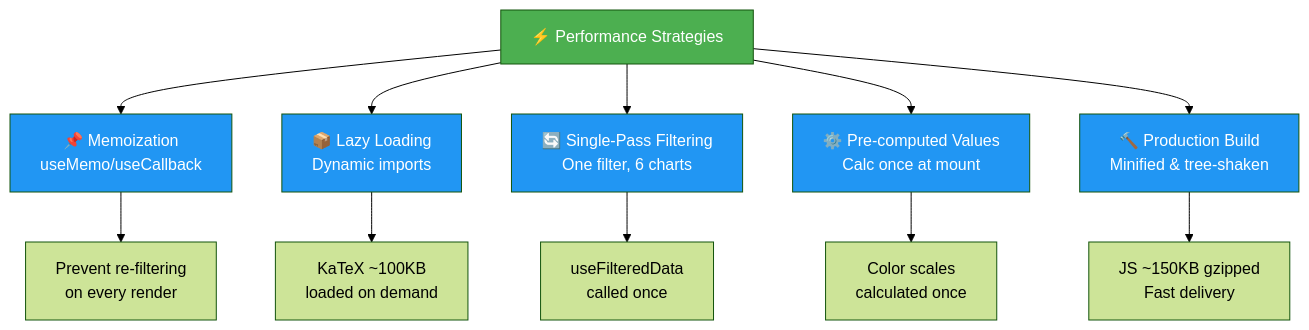
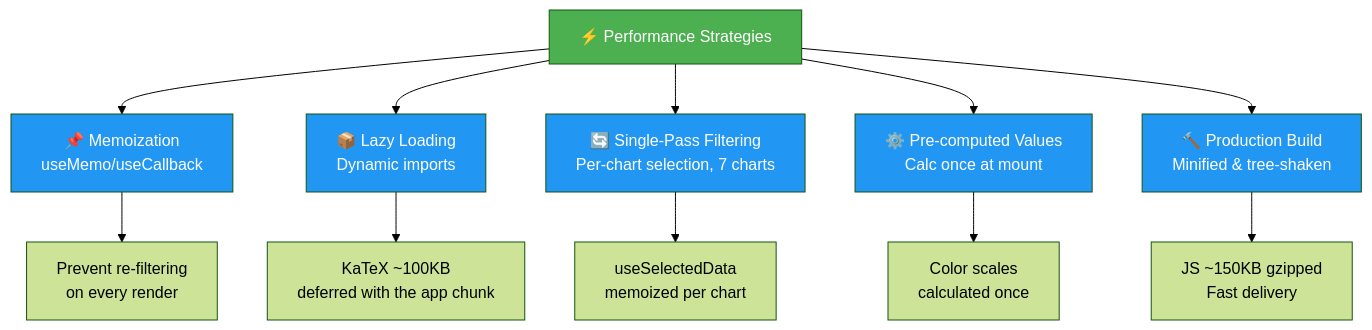
Before and after one commit to RetroHazard/JP_Immigration_Dashboard: diagram 12 of 16 in ARCHITECTURE.md, drawn with Mermaid (forest theme). The commit also changed other lines of this file and 239 other files, not shown here.

````diff
--- a/ARCHITECTURE.md
+++ b/ARCHITECTURE.md
@@ -431,23 +465,23 @@
 ```mermaid
 graph TD
     PERF["⚡ Performance Strategies"]
     
     PERF --> MEMO["📌 Memoization<br/>useMemo/useCallback"]
     PERF --> LAZY["📦 Lazy Loading<br/>Dynamic imports"]
-    PERF --> SINGLE["🔄 Single-Pass Filtering<br/>One filter, 6 charts"]
+    PERF --> SINGLE["🔄 Single-Pass Filtering<br/>Per-chart selection, 7 charts"]
     PERF --> PRECOMP["⚙️ Pre-computed Values<br/>Calc once at mount"]
     PERF --> BUILD["🔨 Production Build<br/>Minified & tree-shaken"]
     
     MEMO --> EXAMPLE1["Prevent re-filtering<br/>on every render"]
-    LAZY --> EXAMPLE2["KaTeX ~100KB<br/>loaded on demand"]
-    SINGLE --> EXAMPLE3["useFilteredData<br/>called once"]
+    LAZY --> EXAMPLE2["KaTeX ~100KB<br/>deferred with the app chunk"]
+    SINGLE --> EXAMPLE3["useSelectedData<br/>memoized per chart"]
     PRECOMP --> EXAMPLE4["Color scales<br/>calculated once"]
     BUILD --> EXAMPLE5["JS ~150KB gzipped<br/>Fast delivery"]
     
     style PERF fill:#4CAF50,color:#fff
     style MEMO fill:#2196F3,color:#fff
     style LAZY fill:#2196F3,color:#fff
     style SINGLE fill:#2196F3,color:#fff
     style PRECOMP fill:#2196F3,color:#fff
     style BUILD fill:#2196F3,color:#fff
 ```
````
